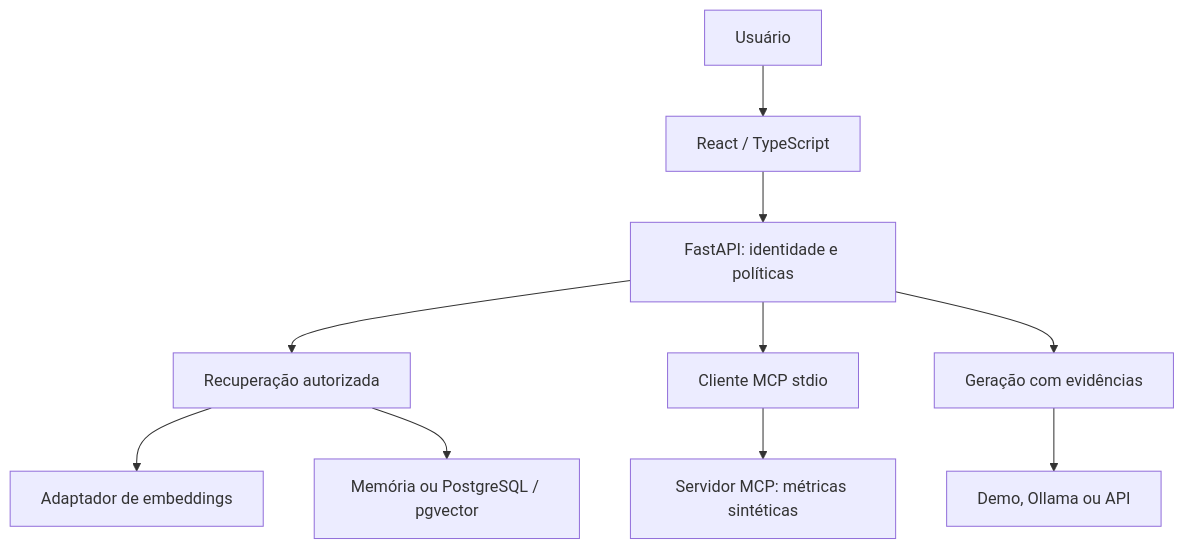
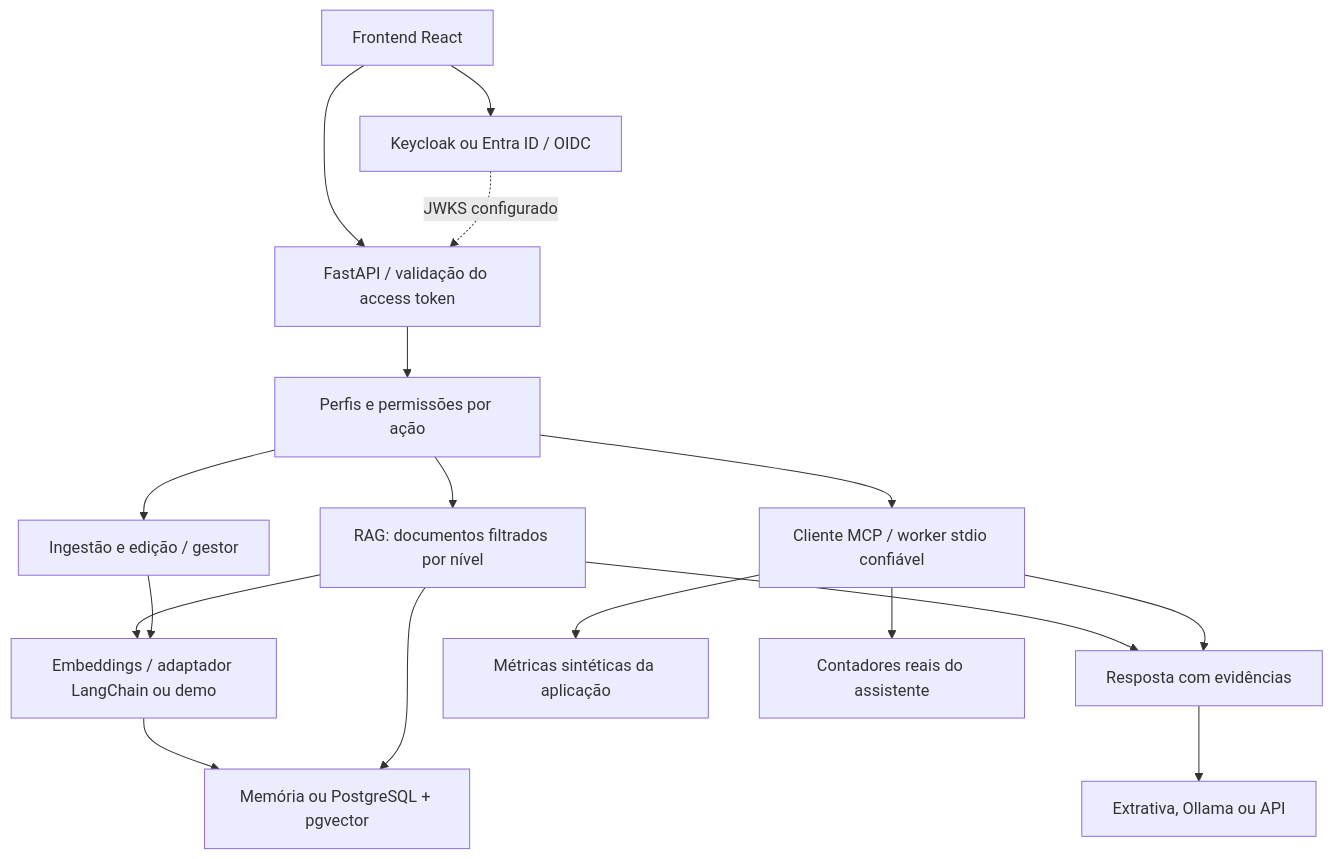
Before and after one commit to Antonicci/enterprise-ai-workbench: the diagram in docs/03-architecture.md, drawn with Mermaid. The commit also changed other lines of this file and 38 other files, not shown here.

Commit message:
feat: add OIDC identity, three profiles, document editing and visual architecture

````diff
--- a/docs/03-architecture.md
+++ b/docs/03-architecture.md
@@ -5,12 +3,19 @@
 ```mermaid
 flowchart TD
-    U["Usuário"] --> UI["React / TypeScript"]
-    UI --> API["FastAPI: identidade e políticas"]
-    API --> R["Recuperação autorizada"]
-    R --> E["Adaptador de embeddings"]
-    R --> V["Memória ou PostgreSQL / pgvector"]
-    API --> M["Cliente MCP stdio"]
-    M --> T["Servidor MCP: métricas sintéticas"]
-    API --> G["Geração com evidências"]
-    G --> L["Demo, Ollama ou API"]
+    UI["Frontend React"] --> IDP["Keycloak ou Entra ID / OIDC"]
+    UI --> API["FastAPI / validação do access token"]
+    IDP -. "JWKS configurado" .-> API
+    API --> POLICY["Perfis e permissões por ação"]
+    POLICY --> RAG["RAG: documentos filtrados por nível"]
+    POLICY --> ING["Ingestão e edição / gestor"]
+    POLICY --> MCP["Cliente MCP / worker stdio confiável"]
+    RAG --> EMB["Embeddings / adaptador LangChain ou demo"]
+    ING --> EMB
+    EMB --> STORE["Memória ou PostgreSQL + pgvector"]
+    RAG --> STORE
+    RAG --> ANSWER["Resposta com evidências"]
+    MCP --> SERVICE["Métricas sintéticas da aplicação"]
+    MCP --> AI["Contadores reais do assistente"]
+    MCP --> ANSWER
+    ANSWER --> MODEL["Extrativa, Ollama ou API"]
 ```
````
